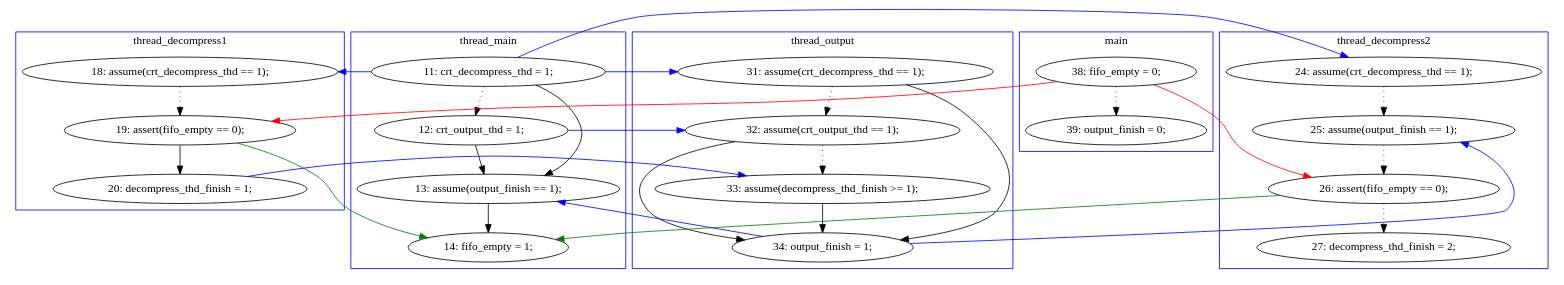
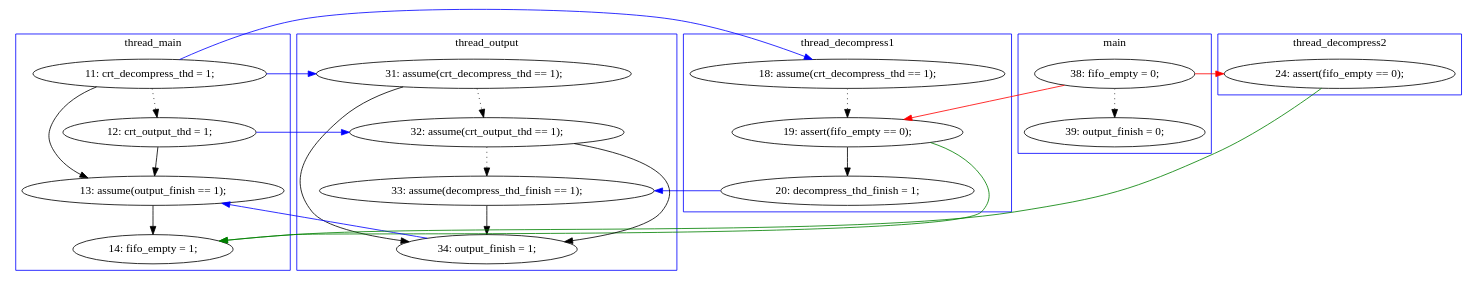
Before and after one commit to hylhp/cav14-model: the diagram in pbzip2.mixed/A-1-proofObject.dot, drawn with Graphviz. The commit also changed 22 other files, not shown here.

```diff
--- a/pbzip2.mixed/A-1-proofObject.dot
+++ b/pbzip2.mixed/A-1-proofObject.dot
@@ -1,65 +1,57 @@
 digraph ProofObject {
-	12 -> 21 [color = Blue, constraint = false]
-	16 -> 18 [color = Black]
-	19 -> 21 [style = dotted, color = black]
-	19 -> 23 [color = Black]
-	15 -> 24 [style = dotted, color = black]
-	9 -> 19 [color = Blue, constraint = false]
-	9 -> 26 [color = Black]
+	10 -> 17 [color = Blue, constraint = false]
+	15 -> 20 [color = Blue, constraint = false]
+	2 -> 12 [color = Red, constraint = false]
+	20 -> 21 [color = Black]
+	21 -> 22 [color = Blue, constraint = false]
+	12 -> 15 [color = Black]
+	10 -> 22 [color = Black]
+	17 -> 19 [style = dotted, color = black]
+	17 -> 21 [color = Black]
+	26 -> 28 [color = Green, constraint = false]
 	10 -> 16 [style = dotted, color = black]
-	29 -> 32 [style = dotted, color = black]
+	10 -> 11 [color = Blue, constraint = false]
+	11 -> 12 [style = dotted, color = black]
+	12 -> 28 [color = Green, constraint = false]
 	2 -> 3 [style = dotted, color = black]
-	29 -> 31 [color = Green, constraint = false]
-	9 -> 15 [color = Blue, constraint = false]
-	23 -> 26 [color = Blue, constraint = false]
-	23 -> 24 [color = Blue, constraint = false]
-	12 -> 26 [color = Black]
-	16 -> 31 [color = Green, constraint = false]
-	9 -> 10 [color = Blue, constraint = false]
-	21 -> 22 [style = dotted, color = black]
-	18 -> 22 [color = Blue, constraint = false]
-	2 -> 29 [color = Red, constraint = false]
-	2 -> 16 [color = Red, constraint = false]
-	21 -> 23 [color = Black]
-	9 -> 12 [style = dotted, color = black]
-	24 -> 29 [style = dotted, color = black]
-	22 -> 23 [color = Black]
-	26 -> 31 [color = Black]
+	22 -> 28 [color = Black]
+	19 -> 21 [color = Black]
+	16 -> 19 [color = Blue, constraint = false]
+	19 -> 20 [style = dotted, color = black]
+	2 -> 26 [color = Red, constraint = false]
+	16 -> 22 [color = Black]
 	subgraph cluster0 {
 		label = main
 		color = blue
 		3  [label = "39: output_finish = 0;"]
 		2  [label = "38: fifo_empty = 0;"]
 	}
+	subgraph cluster3 {
+		label = thread_decompress2
+		color = blue
+		26  [label = "24: assert(fifo_empty == 0);"]
+	}
 	subgraph cluster2 {
 		label = thread_decompress1
 		color = blue
-		10  [label = "18: assume(crt_decompress_thd == 1);"]
-		18  [label = "20: decompress_thd_finish = 1;"]
-		16  [label = "19: assert(fifo_empty == 0);"]
+		12  [label = "19: assert(fifo_empty == 0);"]
+		11  [label = "18: assume(crt_decompress_thd == 1);"]
+		15  [label = "20: decompress_thd_finish = 1;"]
 	}
-	subgraph cluster3 {
-		label = thread_decompress2
+	subgraph cluster1 {
+		label = thread_main
 		color = blue
-		29  [label = "26: assert(fifo_empty == 0);"]
-		15  [label = "24: assume(crt_decompress_thd == 1);"]
-		32  [label = "27: decompress_thd_finish = 2;"]
-		24  [label = "25: assume(output_finish == 1);"]
+		22  [label = "13: assume(output_finish == 1);"]
+		16  [label = "12: crt_output_thd = 1;"]
+		10  [label = "11: crt_decompress_thd = 1;"]
+		28  [label = "14: fifo_empty = 1;"]
 	}
 	subgraph cluster4 {
 		label = thread_output
 		color = blue
-		22  [label = "33: assume(decompress_thd_finish >= 1);"]
-		23  [label = "34: output_finish = 1;"]
-		21  [label = "32: assume(crt_output_thd == 1);"]
-		19  [label = "31: assume(crt_decompress_thd == 1);"]
-	}
-	subgraph cluster1 {
-		label = thread_main
-		color = blue
-		31  [label = "14: fifo_empty = 1;"]
-		9  [label = "11: crt_decompress_thd = 1;"]
-		12  [label = "12: crt_output_thd = 1;"]
-		26  [label = "13: assume(output_finish == 1);"]
+		17  [label = "31: assume(crt_decompress_thd == 1);"]
+		19  [label = "32: assume(crt_output_thd == 1);"]
+		20  [label = "33: assume(decompress_thd_finish == 1);"]
+		21  [label = "34: output_finish = 1;"]
 	}
 }
```
